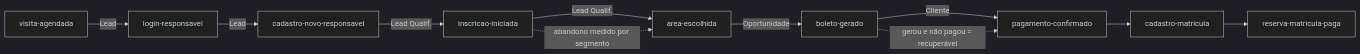
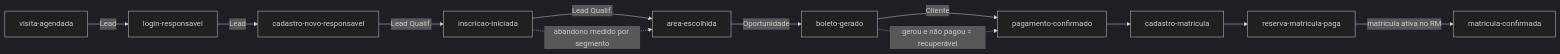
One commit to DI-CSA/admission-enrollment changed the second of 2 diagrams in docs/integracao_rd_station.md. Above: the diagram before and after it, drawn with Mermaid (dark theme). The commit also changed other lines of this file and 6 other files, not shown here.

````diff
--- a/docs/integracao_rd_station.md
+++ b/docs/integracao_rd_station.md
@@ -228,13 +231,14 @@
 ```mermaid
 flowchart LR
     V[visita-agendada] -->|Lead| L[login-responsavel]
     L -->|Lead| C[cadastro-novo-responsavel]
     C -->|Lead Qualif.| INI[inscricao-iniciada]
     INI -->|Lead Qualif.| AE[area-escolhida]
     AE -->|Oportunidade| B[boleto-gerado]
     B -->|Cliente| P[pagamento-confirmado]
     P --> CM[cadastro-matricula]
     CM --> RM[reserva-matricula-paga]
+    RM -->|matrícula ativa no RM| MT[matricula-confirmada]
     INI -.->|abandono medido por segmento| AE
     B -.->|gerou e não pagou = recuperável| P
 ```
````
